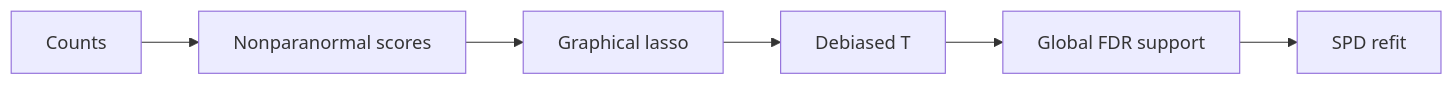
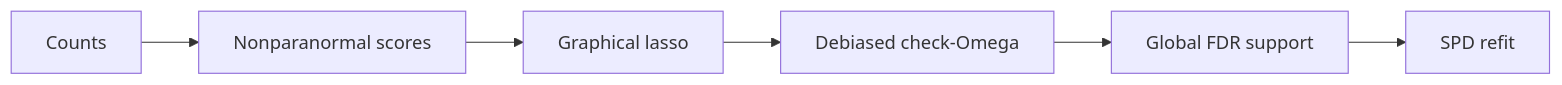
One commit to bastienchassagnol/DeCovarT_reproducibility changed the fourth of 5 diagrams in docs/02-grn-graphical-lasso.qmd. Above: the diagram before and after it, drawn with Mermaid. The commit also changed other lines of this file and 17 other files, not shown here.

Commit message:
Update bibliography and Quarto configuration: add new references relevant to graphical models and RNA-seq analysis, enhance Quarto book settings with improved navigation and pseudocode support, and clarify terminology throughout the documentation.

````diff
--- a/docs/02-grn-graphical-lasso.qmd
+++ b/docs/02-grn-graphical-lasso.qmd
@@ -315,12 +440,12 @@
 ```{mermaid}
 %%| echo: false
 %%| label: fig-silggm-steps
 %%| fig-cap: "Estimation order for the SILGGM arm: nonparanormal scores, graphical lasso, de-sparsified matrix, global FDR support, then an SPD refit. The debiased matrix is not exported."
 %%{init: {"theme": "sandstone"}}%%
 flowchart LR
   X["Counts"] --> N["Nonparanormal scores"]
   N --> Gl["Graphical lasso"]
-  Gl --> T["Debiased T"]
+  Gl --> T["Debiased check-Omega"]
   T --> FDR["Global FDR support"]
   FDR --> SPD["SPD refit"]
 ```
````
